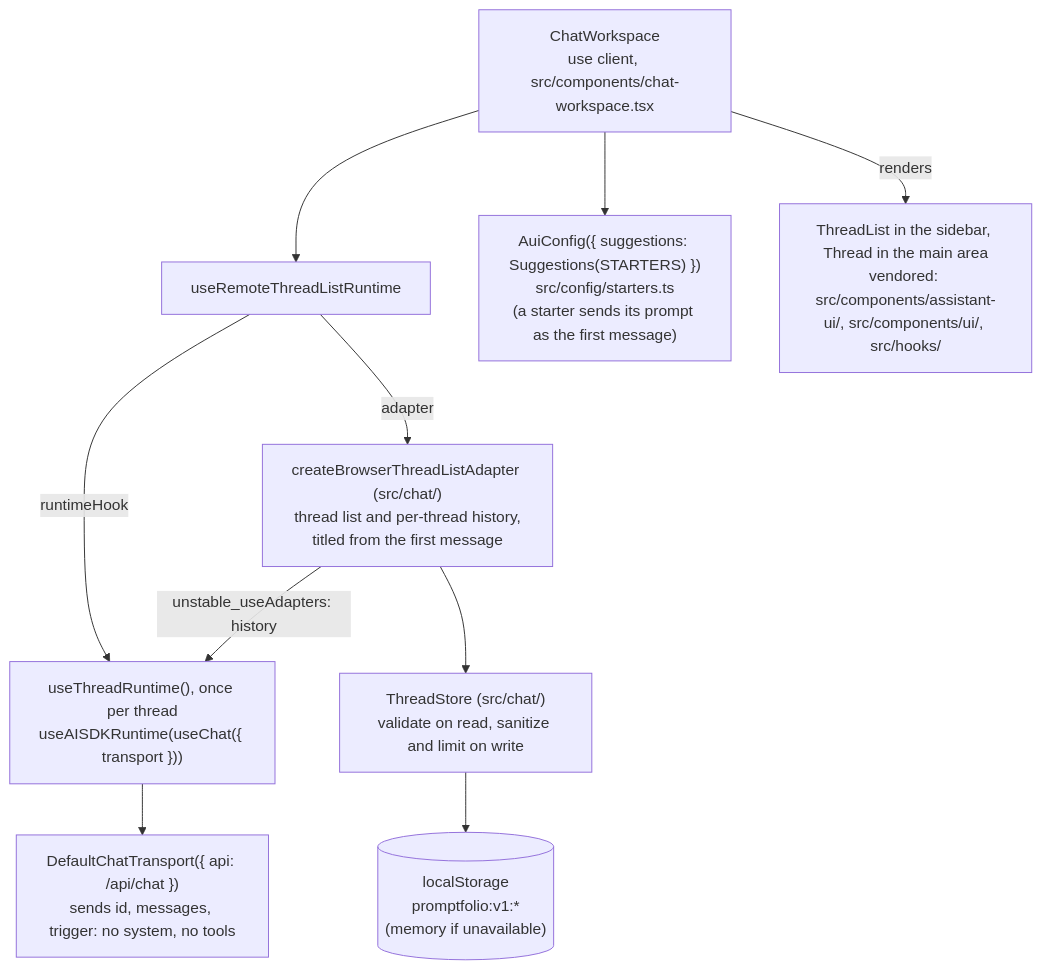
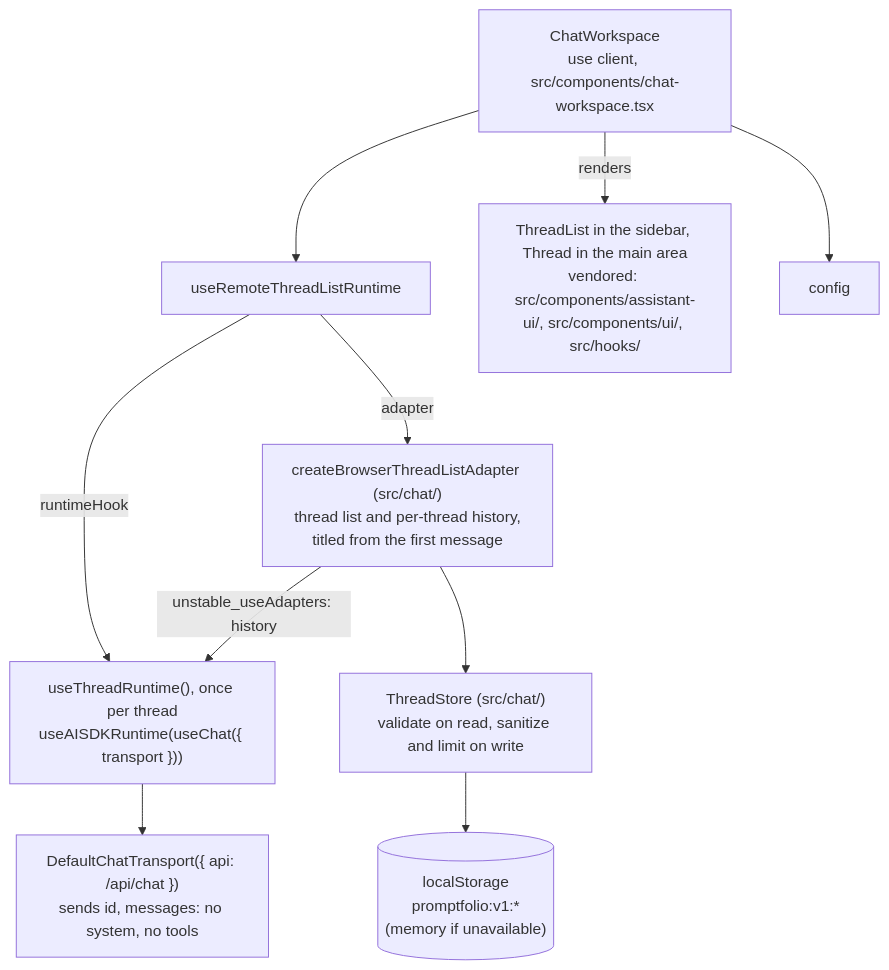
Before and after one commit to promptfolios/promptfolio: the fifth of 7 diagrams in docs/ARCHITECTURE.md, drawn with Mermaid. The commit also changed other lines of this file and 11 other files, not shown here.

````diff
--- a/docs/ARCHITECTURE.md
+++ b/docs/ARCHITECTURE.md
@@ -285,21 +269,20 @@
 ```mermaid
 flowchart TD
     ws["ChatWorkspace<br/>use client, src/components/chat-workspace.tsx"]
     list["useRemoteThreadListRuntime"]
     adapter["createBrowserThreadListAdapter (src/chat/)<br/>thread list and per-thread history,<br/>titled from the first message"]
     store["ThreadStore (src/chat/)<br/>validate on read, sanitize and limit on write"]
     ls[("localStorage<br/>promptfolio:v1:*<br/>(memory if unavailable)")]
     thread["useThreadRuntime(), once per thread<br/>useAISDKRuntime(useChat({ transport }))"]
-    transport["DefaultChatTransport({ api: /api/chat })<br/>sends id, messages, trigger: no system, no tools"]
-    config["AuiConfig({ suggestions: Suggestions(STARTERS) })<br/>src/config/starters.ts<br/>(a starter sends its prompt as the first message)"]
+    transport["DefaultChatTransport({ api: /api/chat })<br/>sends id, messages: no system, no tools"]
     ui["ThreadList in the sidebar, Thread in the main area<br/>vendored: src/components/assistant-ui/, src/components/ui/, src/hooks/"]
 
     ws --> list
     list -- adapter --> adapter
     list -- runtimeHook --> thread
     adapter -- "unstable_useAdapters: history" --> thread
     adapter --> store --> ls
     thread --> transport
     ws --> config
     ws -- renders --> ui
 ```
````
